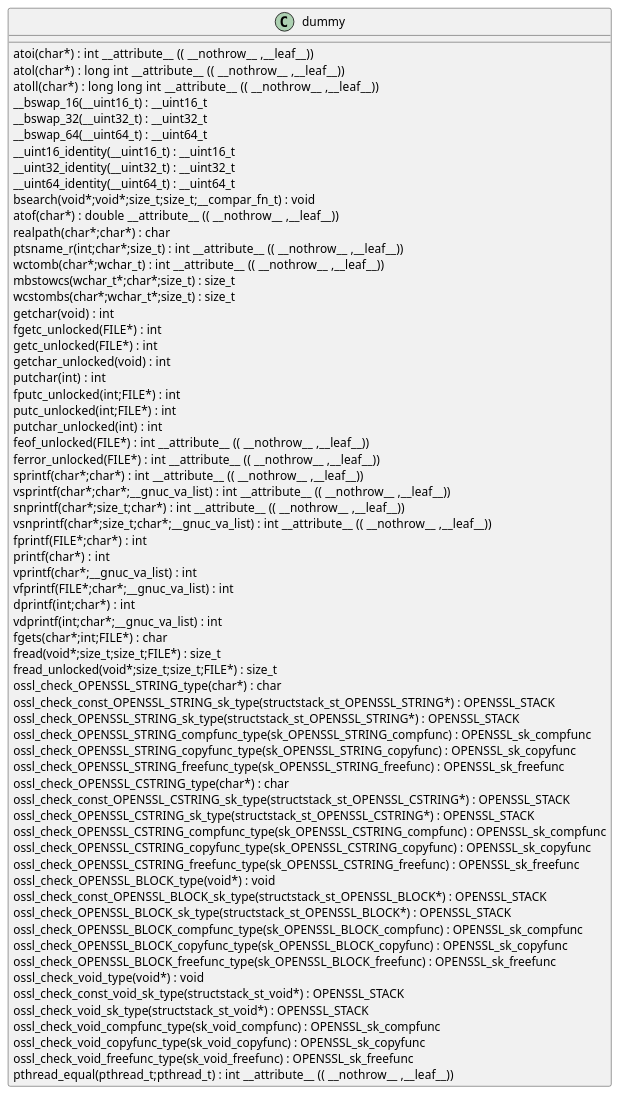
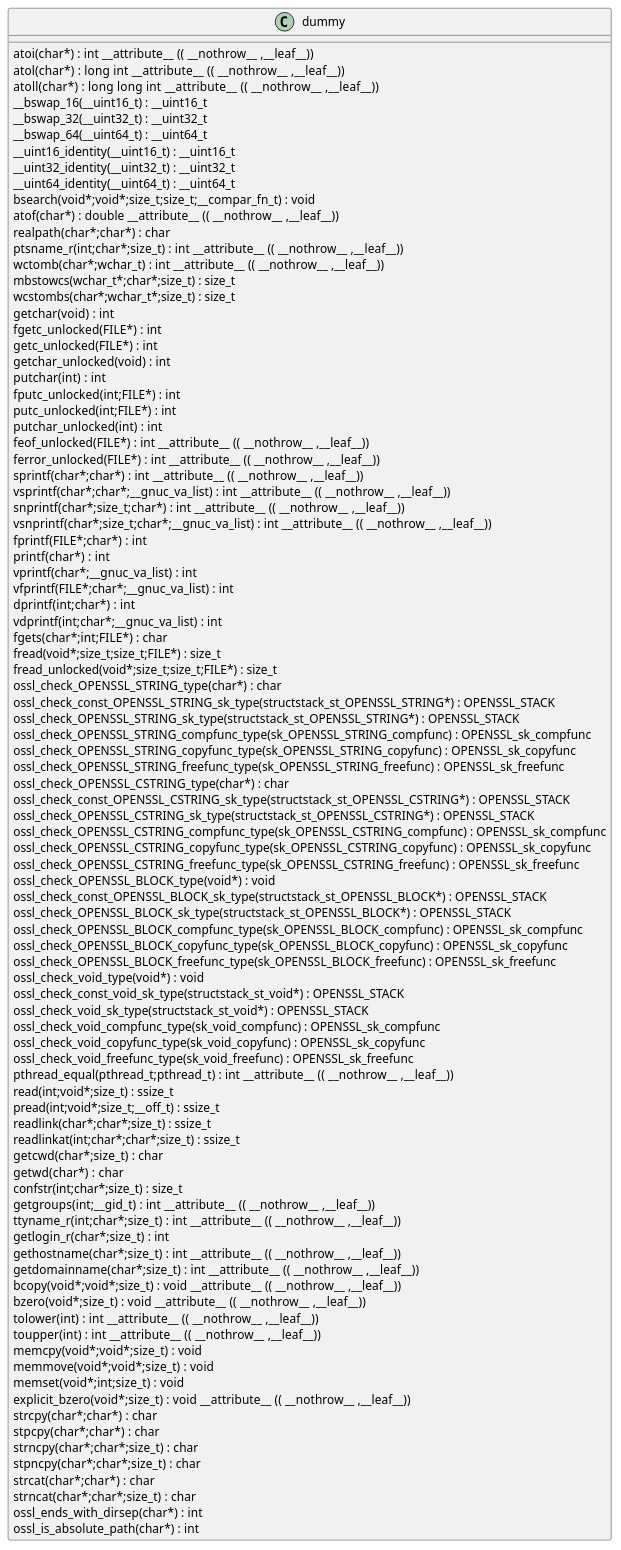
The diagram in docs/qc/apps/s_client.c.puml (qualitesys/openssl), drawn with PlantUML before and after one commit. The commit also changed 3667 other files, not shown here.

```diff
--- a/docs/qc/apps/s_client.c.puml
+++ b/docs/qc/apps/s_client.c.puml
@@ -1,69 +1,97 @@
 @startuml
 !pragma layout smetana
 class dummy {
 atoi(char*) :  int  __attribute__ (( __nothrow__ ,__leaf__)) [[[./../.././qc/apps/s_client.c.html#501]]]
 atol(char*) :  long  int  __attribute__ (( __nothrow__ ,__leaf__)) [[[./../.././qc/apps/s_client.c.html#506]]]
 atoll(char*) :  long  long  int  __attribute__ (( __nothrow__ ,__leaf__)) [[[./../.././qc/apps/s_client.c.html#513]]]
 __bswap_16(__uint16_t) : __uint16_t [[[./../.././qc/apps/s_client.c.html#675]]]
 __bswap_32(__uint32_t) : __uint32_t [[[./../.././qc/apps/s_client.c.html#690]]]
 __bswap_64(__uint64_t) : __uint64_t [[[./../.././qc/apps/s_client.c.html#700]]]
 __uint16_identity(__uint16_t) : __uint16_t [[[./../.././qc/apps/s_client.c.html#712]]]
 __uint32_identity(__uint32_t) : __uint32_t [[[./../.././qc/apps/s_client.c.html#718]]]
 __uint64_identity(__uint64_t) : __uint64_t [[[./../.././qc/apps/s_client.c.html#724]]]
 bsearch(void*;void*;size_t;size_t;__compar_fn_t) :  void  [[[./../.././qc/apps/s_client.c.html#1392]]]
 atof(char*) :  double  __attribute__ (( __nothrow__ ,__leaf__)) [[[./../.././qc/apps/s_client.c.html#25865]]]
 realpath(char*;char*) :  char  [[[./../.././qc/apps/s_client.c.html#25865]]]
 ptsname_r(int;char*;size_t) :  int  __attribute__ (( __nothrow__ ,__leaf__)) [[[./../.././qc/apps/s_client.c.html#1]]]
 wctomb(char*;wchar_t) :  int  __attribute__ (( __nothrow__ ,__leaf__)) [[[./../.././qc/apps/s_client.c.html#1]]]
 mbstowcs(wchar_t*;char*;size_t) : size_t [[[./../.././qc/apps/s_client.c.html#1]]]
 wcstombs(char*;wchar_t*;size_t) : size_t [[[./../.././qc/apps/s_client.c.html#1]]]
 getchar(void) :  int  [[[./../.././qc/apps/s_client.c.html#1]]]
 fgetc_unlocked(FILE*) :  int  [[[./../.././qc/apps/s_client.c.html#1]]]
 getc_unlocked(FILE*) :  int  [[[./../.././qc/apps/s_client.c.html#1]]]
 getchar_unlocked(void) :  int  [[[./../.././qc/apps/s_client.c.html#1]]]
 putchar(int) :  int  [[[./../.././qc/apps/s_client.c.html#1]]]
 fputc_unlocked(int;FILE*) :  int  [[[./../.././qc/apps/s_client.c.html#1]]]
 putc_unlocked(int;FILE*) :  int  [[[./../.././qc/apps/s_client.c.html#1]]]
 putchar_unlocked(int) :  int  [[[./../.././qc/apps/s_client.c.html#1]]]
 feof_unlocked(FILE*) :  int  __attribute__ (( __nothrow__ ,__leaf__)) [[[./../.././qc/apps/s_client.c.html#1]]]
 ferror_unlocked(FILE*) :  int  __attribute__ (( __nothrow__ ,__leaf__)) [[[./../.././qc/apps/s_client.c.html#1]]]
 sprintf(char*;char*) :  int  __attribute__ (( __nothrow__ ,__leaf__)) [[[./../.././qc/apps/s_client.c.html#1]]]
 vsprintf(char*;char*;__gnuc_va_list) :  int  __attribute__ (( __nothrow__ ,__leaf__)) [[[./../.././qc/apps/s_client.c.html#1]]]
 snprintf(char*;size_t;char*) :  int  __attribute__ (( __nothrow__ ,__leaf__)) [[[./../.././qc/apps/s_client.c.html#1]]]
 vsnprintf(char*;size_t;char*;__gnuc_va_list) :  int  __attribute__ (( __nothrow__ ,__leaf__)) [[[./../.././qc/apps/s_client.c.html#1]]]
 fprintf(FILE*;char*) :  int  [[[./../.././qc/apps/s_client.c.html#1]]]
 printf(char*) :  int  [[[./../.././qc/apps/s_client.c.html#1]]]
 vprintf(char*;__gnuc_va_list) :  int  [[[./../.././qc/apps/s_client.c.html#1]]]
 vfprintf(FILE*;char*;__gnuc_va_list) :  int  [[[./../.././qc/apps/s_client.c.html#1]]]
 dprintf(int;char*) :  int  [[[./../.././qc/apps/s_client.c.html#1]]]
 vdprintf(int;char*;__gnuc_va_list) :  int  [[[./../.././qc/apps/s_client.c.html#1]]]
 fgets(char*;int;FILE*) :  char  [[[./../.././qc/apps/s_client.c.html#1]]]
 fread(void*;size_t;size_t;FILE*) : size_t [[[./../.././qc/apps/s_client.c.html#1]]]
 fread_unlocked(void*;size_t;size_t;FILE*) : size_t [[[./../.././qc/apps/s_client.c.html#1]]]
 ossl_check_OPENSSL_STRING_type(char*) :  char  [[[./../.././qc/apps/s_client.c.html#1]]]
 ossl_check_const_OPENSSL_STRING_sk_type(structstack_st_OPENSSL_STRING*) : OPENSSL_STACK [[[./../.././qc/apps/s_client.c.html#1]]]
 ossl_check_OPENSSL_STRING_sk_type(structstack_st_OPENSSL_STRING*) : OPENSSL_STACK [[[./../.././qc/apps/s_client.c.html#1]]]
 ossl_check_OPENSSL_STRING_compfunc_type(sk_OPENSSL_STRING_compfunc) : OPENSSL_sk_compfunc [[[./../.././qc/apps/s_client.c.html#1]]]
 ossl_check_OPENSSL_STRING_copyfunc_type(sk_OPENSSL_STRING_copyfunc) : OPENSSL_sk_copyfunc [[[./../.././qc/apps/s_client.c.html#1]]]
 ossl_check_OPENSSL_STRING_freefunc_type(sk_OPENSSL_STRING_freefunc) : OPENSSL_sk_freefunc [[[./../.././qc/apps/s_client.c.html#1]]]
 ossl_check_OPENSSL_CSTRING_type(char*) :  char  [[[./../.././qc/apps/s_client.c.html#1]]]
 ossl_check_const_OPENSSL_CSTRING_sk_type(structstack_st_OPENSSL_CSTRING*) : OPENSSL_STACK [[[./../.././qc/apps/s_client.c.html#1]]]
 ossl_check_OPENSSL_CSTRING_sk_type(structstack_st_OPENSSL_CSTRING*) : OPENSSL_STACK [[[./../.././qc/apps/s_client.c.html#1]]]
 ossl_check_OPENSSL_CSTRING_compfunc_type(sk_OPENSSL_CSTRING_compfunc) : OPENSSL_sk_compfunc [[[./../.././qc/apps/s_client.c.html#1]]]
 ossl_check_OPENSSL_CSTRING_copyfunc_type(sk_OPENSSL_CSTRING_copyfunc) : OPENSSL_sk_copyfunc [[[./../.././qc/apps/s_client.c.html#1]]]
 ossl_check_OPENSSL_CSTRING_freefunc_type(sk_OPENSSL_CSTRING_freefunc) : OPENSSL_sk_freefunc [[[./../.././qc/apps/s_client.c.html#1]]]
 ossl_check_OPENSSL_BLOCK_type(void*) :  void  [[[./../.././qc/apps/s_client.c.html#1]]]
 ossl_check_const_OPENSSL_BLOCK_sk_type(structstack_st_OPENSSL_BLOCK*) : OPENSSL_STACK [[[./../.././qc/apps/s_client.c.html#1]]]
 ossl_check_OPENSSL_BLOCK_sk_type(structstack_st_OPENSSL_BLOCK*) : OPENSSL_STACK [[[./../.././qc/apps/s_client.c.html#1]]]
 ossl_check_OPENSSL_BLOCK_compfunc_type(sk_OPENSSL_BLOCK_compfunc) : OPENSSL_sk_compfunc [[[./../.././qc/apps/s_client.c.html#1]]]
 ossl_check_OPENSSL_BLOCK_copyfunc_type(sk_OPENSSL_BLOCK_copyfunc) : OPENSSL_sk_copyfunc [[[./../.././qc/apps/s_client.c.html#1]]]
 ossl_check_OPENSSL_BLOCK_freefunc_type(sk_OPENSSL_BLOCK_freefunc) : OPENSSL_sk_freefunc [[[./../.././qc/apps/s_client.c.html#1]]]
 ossl_check_void_type(void*) :  void  [[[./../.././qc/apps/s_client.c.html#1]]]
 ossl_check_const_void_sk_type(structstack_st_void*) : OPENSSL_STACK [[[./../.././qc/apps/s_client.c.html#1]]]
 ossl_check_void_sk_type(structstack_st_void*) : OPENSSL_STACK [[[./../.././qc/apps/s_client.c.html#1]]]
 ossl_check_void_compfunc_type(sk_void_compfunc) : OPENSSL_sk_compfunc [[[./../.././qc/apps/s_client.c.html#1]]]
 ossl_check_void_copyfunc_type(sk_void_copyfunc) : OPENSSL_sk_copyfunc [[[./../.././qc/apps/s_client.c.html#1]]]
 ossl_check_void_freefunc_type(sk_void_freefunc) : OPENSSL_sk_freefunc [[[./../.././qc/apps/s_client.c.html#1]]]
 pthread_equal(pthread_t;pthread_t) :  int  __attribute__ (( __nothrow__ ,__leaf__)) [[[./../.././qc/apps/s_client.c.html#1]]]
+read(int;void*;size_t) : ssize_t [[[./../.././qc/apps/s_client.c.html#1]]]
+pread(int;void*;size_t;__off_t) : ssize_t [[[./../.././qc/apps/s_client.c.html#1]]]
+readlink(char*;char*;size_t) : ssize_t [[[./../.././qc/apps/s_client.c.html#1]]]
+readlinkat(int;char*;char*;size_t) : ssize_t [[[./../.././qc/apps/s_client.c.html#1]]]
+getcwd(char*;size_t) :  char  [[[./../.././qc/apps/s_client.c.html#1]]]
+getwd(char*) :  char  [[[./../.././qc/apps/s_client.c.html#1]]]
+confstr(int;char*;size_t) : size_t [[[./../.././qc/apps/s_client.c.html#1]]]
+getgroups(int;__gid_t) :  int  __attribute__ (( __nothrow__ ,__leaf__)) [[[./../.././qc/apps/s_client.c.html#1]]]
+ttyname_r(int;char*;size_t) :  int  __attribute__ (( __nothrow__ ,__leaf__)) [[[./../.././qc/apps/s_client.c.html#1]]]
+getlogin_r(char*;size_t) :  int  [[[./../.././qc/apps/s_client.c.html#1]]]
+gethostname(char*;size_t) :  int  __attribute__ (( __nothrow__ ,__leaf__)) [[[./../.././qc/apps/s_client.c.html#1]]]
+getdomainname(char*;size_t) :  int  __attribute__ (( __nothrow__ ,__leaf__)) [[[./../.././qc/apps/s_client.c.html#1]]]
+bcopy(void*;void*;size_t) :  void  __attribute__ (( __nothrow__ ,__leaf__)) [[[./../.././qc/apps/s_client.c.html#1]]]
+bzero(void*;size_t) :  void  __attribute__ (( __nothrow__ ,__leaf__)) [[[./../.././qc/apps/s_client.c.html#1]]]
+tolower(int) :  int  __attribute__ (( __nothrow__ ,__leaf__)) [[[./../.././qc/apps/s_client.c.html#1]]]
+toupper(int) :  int  __attribute__ (( __nothrow__ ,__leaf__)) [[[./../.././qc/apps/s_client.c.html#1]]]
+memcpy(void*;void*;size_t) :  void  [[[./../.././qc/apps/s_client.c.html#1]]]
+memmove(void*;void*;size_t) :  void  [[[./../.././qc/apps/s_client.c.html#1]]]
+memset(void*;int;size_t) :  void  [[[./../.././qc/apps/s_client.c.html#1]]]
+explicit_bzero(void*;size_t) :  void  __attribute__ (( __nothrow__ ,__leaf__)) [[[./../.././qc/apps/s_client.c.html#1]]]
+strcpy(char*;char*) :  char  [[[./../.././qc/apps/s_client.c.html#1]]]
+stpcpy(char*;char*) :  char  [[[./../.././qc/apps/s_client.c.html#1]]]
+strncpy(char*;char*;size_t) :  char  [[[./../.././qc/apps/s_client.c.html#1]]]
+stpncpy(char*;char*;size_t) :  char  [[[./../.././qc/apps/s_client.c.html#1]]]
+strcat(char*;char*) :  char  [[[./../.././qc/apps/s_client.c.html#1]]]
+strncat(char*;char*;size_t) :  char  [[[./../.././qc/apps/s_client.c.html#1]]]
+ossl_ends_with_dirsep(char*) :  int  [[[./../.././qc/apps/s_client.c.html#1]]]
+ossl_is_absolute_path(char*) :  int  [[[./../.././qc/apps/s_client.c.html#1]]]
 } 
 @enduml
```
